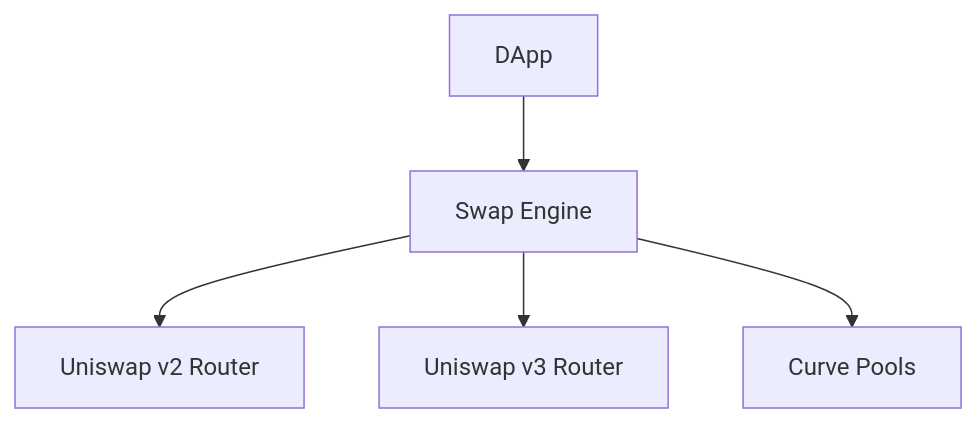
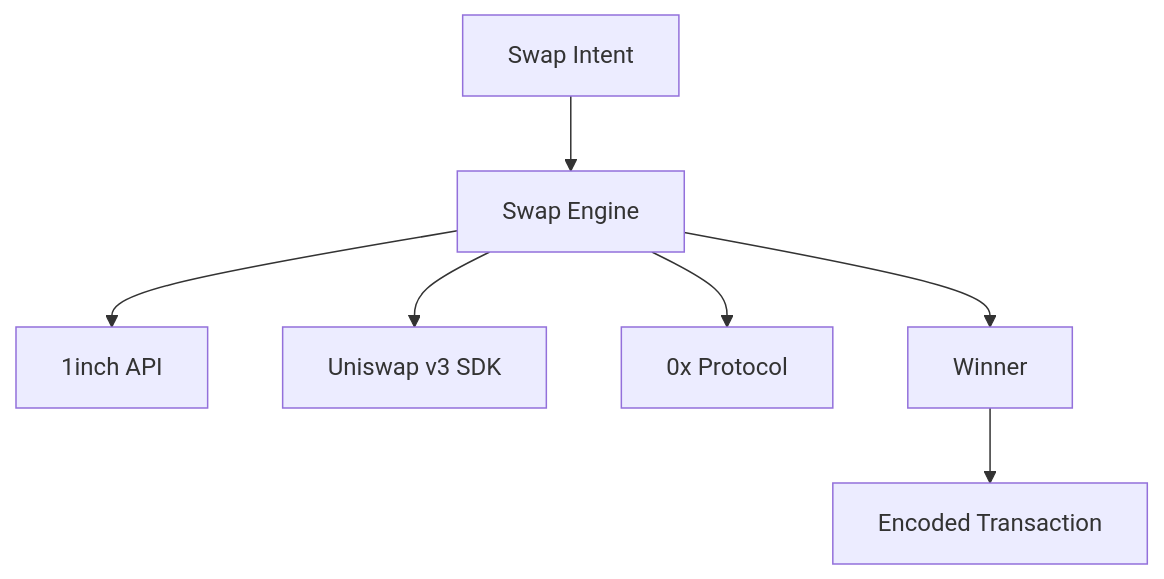
Before and after one commit to ImL1s/dart_web3: the diagram in dart_web3/packages/swap/README.md, drawn with Mermaid. The commit also changed other lines of this file and 31 other files, not shown here.

````diff
--- a/dart_web3/packages/swap/README.md
+++ b/dart_web3/packages/swap/README.md
@@ -14,7 +17,10 @@
 ```mermaid
 graph TD
-    App[DApp] --> Swap[Swap Engine]
-    Swap --> RouterV2[Uniswap v2 Router]
-    Swap --> RouterV3[Uniswap v3 Router]
-    Swap --> Curve[Curve Pools]
+    User[Swap Intent] --> Aggregator[Swap Engine]
+    Aggregator --> Q1[1inch API]
+    Aggregator --> Q2[Uniswap v3 SDK]
+    Aggregator --> Q3[0x Protocol]
+    
+    Aggregator --> BestQuote[Winner]
+    BestQuote --> Tx[Encoded Transaction]
 ```
````
